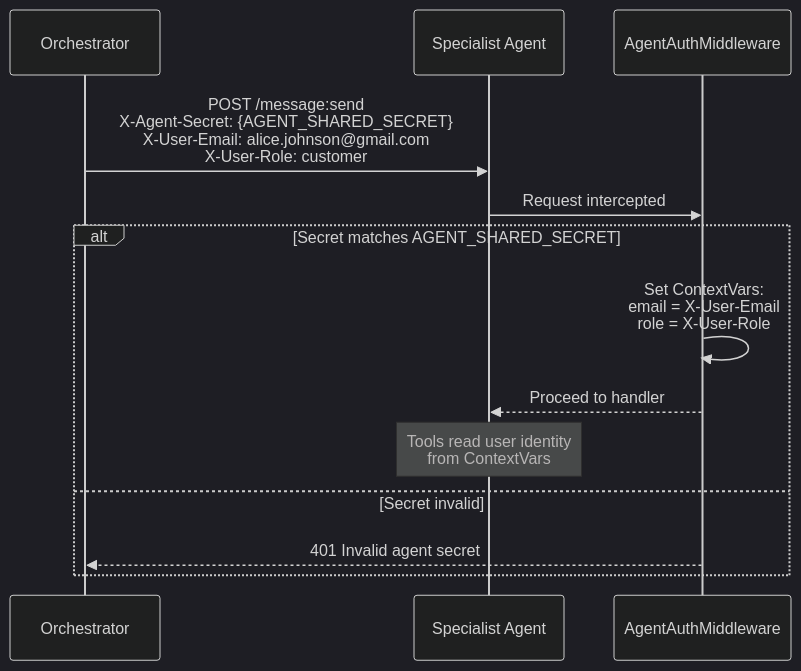
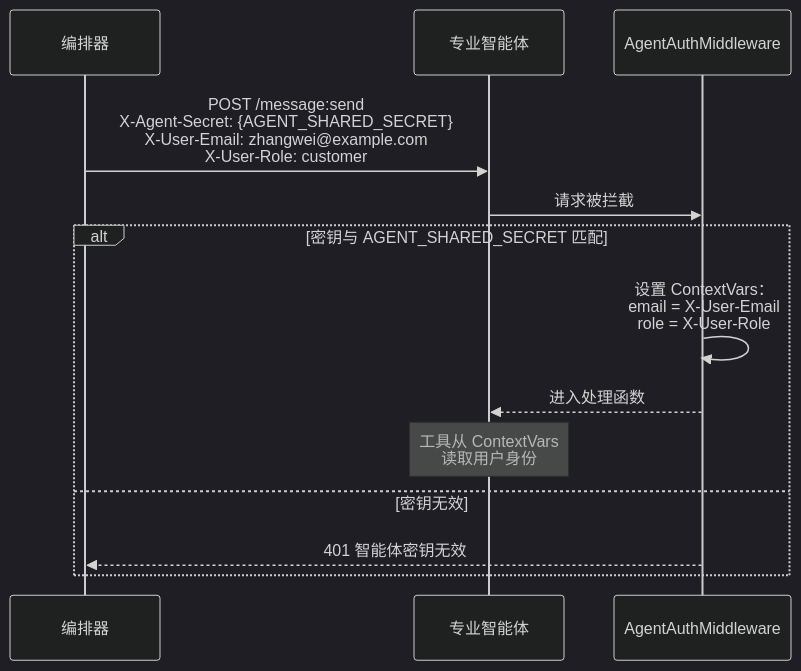
The sixth of 7 diagrams in docs/architecture.md (s1encisi/reliable-commerce-agents), drawn with Mermaid (dark theme) before and after one commit. The commit also changed other lines of this file and 1033 other files, not shown here.

````diff
--- a/docs/architecture.md
+++ b/docs/architecture.md
@@ -329,18 +329,18 @@
 ```mermaid
 sequenceDiagram
-    participant ORCH as Orchestrator
-    participant AGENT as Specialist Agent
+    participant ORCH as 编排器
+    participant AGENT as 专业智能体
     participant MW as AgentAuthMiddleware
 
-    ORCH->>AGENT: POST /message:send<br/>X-Agent-Secret: {AGENT_SHARED_SECRET}<br/>X-User-Email: alice.johnson@gmail.com<br/>X-User-Role: customer
+    ORCH->>AGENT: POST /message:send<br/>X-Agent-Secret: {AGENT_SHARED_SECRET}<br/>X-User-Email: zhangwei@example.com<br/>X-User-Role: customer
 
-    AGENT->>MW: Request intercepted
+    AGENT->>MW: 请求被拦截
 
-    alt Secret matches AGENT_SHARED_SECRET
-        MW->>MW: Set ContextVars:<br/>email = X-User-Email<br/>role = X-User-Role
-        MW-->>AGENT: Proceed to handler
-        Note over AGENT: Tools read user identity<br/>from ContextVars
-    else Secret invalid
-        MW-->>ORCH: 401 Invalid agent secret
+    alt 密钥与 AGENT_SHARED_SECRET 匹配
+        MW->>MW: 设置 ContextVars：<br/>email = X-User-Email<br/>role = X-User-Role
+        MW-->>AGENT: 进入处理函数
+        Note over AGENT: 工具从 ContextVars<br/>读取用户身份
+    else 密钥无效
+        MW-->>ORCH: 401 智能体密钥无效
     end
 ```
````
